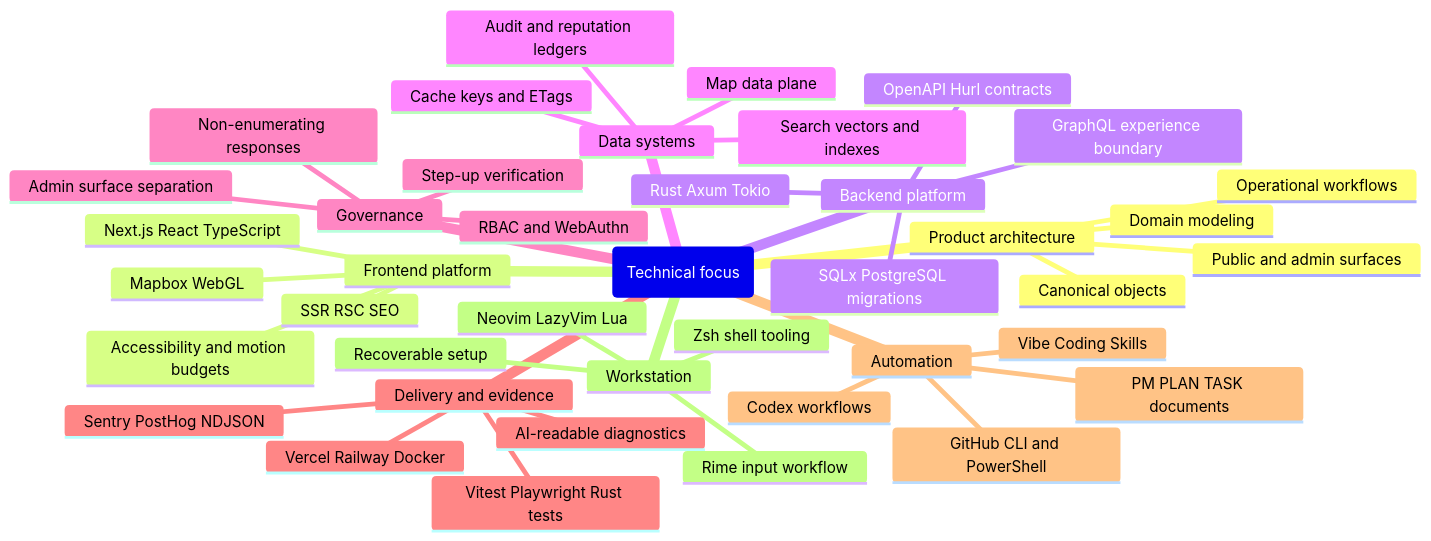
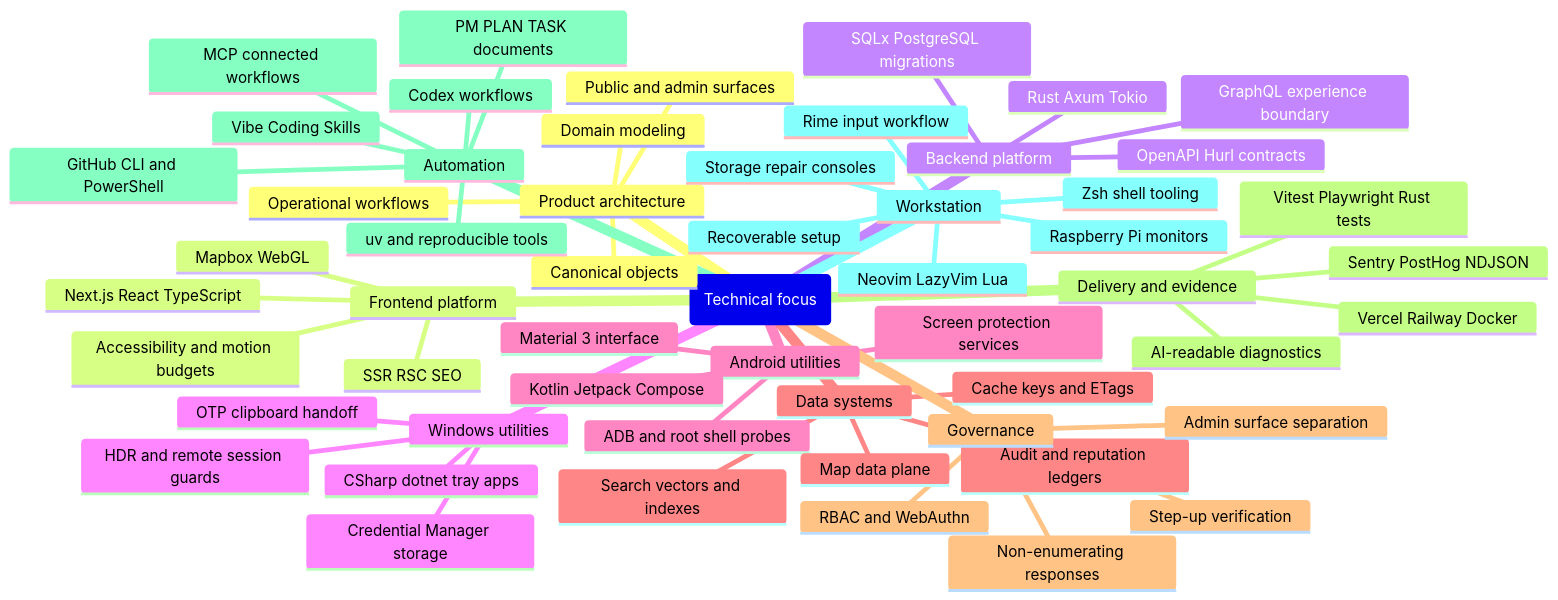
One commit to Nongfsq/Nongfsq changed the third of 3 diagrams in README.md. Above: the diagram before and after it, drawn with Mermaid. The commit also changed other lines of this file, not shown here.

````diff
--- a/README.md
+++ b/README.md
@@ -198,44 +229,58 @@
 ```mermaid
 mindmap
   root(Technical focus)
     Product architecture
       Domain modeling
       Canonical objects
       Public and admin surfaces
       Operational workflows
     Frontend platform
       Next.js React TypeScript
       SSR RSC SEO
       Mapbox WebGL
       Accessibility and motion budgets
     Backend platform
       Rust Axum Tokio
       SQLx PostgreSQL migrations
       OpenAPI Hurl contracts
       GraphQL experience boundary
+    Windows utilities
+      CSharp dotnet tray apps
+      Credential Manager storage
+      HDR and remote session guards
+      OTP clipboard handoff
+    Android utilities
+      Kotlin Jetpack Compose
+      Material 3 interface
+      ADB and root shell probes
+      Screen protection services
     Data systems
       Map data plane
       Cache keys and ETags
       Search vectors and indexes
       Audit and reputation ledgers
     Governance
       RBAC and WebAuthn
       Step-up verification
       Admin surface separation
       Non-enumerating responses
     Delivery and evidence
       Vercel Railway Docker
       Sentry PostHog NDJSON
       Vitest Playwright Rust tests
       AI-readable diagnostics
     Automation
       Codex workflows
       PM PLAN TASK documents
       Vibe Coding Skills
       GitHub CLI and PowerShell
+      uv and reproducible tools
+      MCP connected workflows
     Workstation
       Neovim LazyVim Lua
       Zsh shell tooling
       Rime input workflow
       Recoverable setup
+      Storage repair consoles
+      Raspberry Pi monitors
 ```
````
